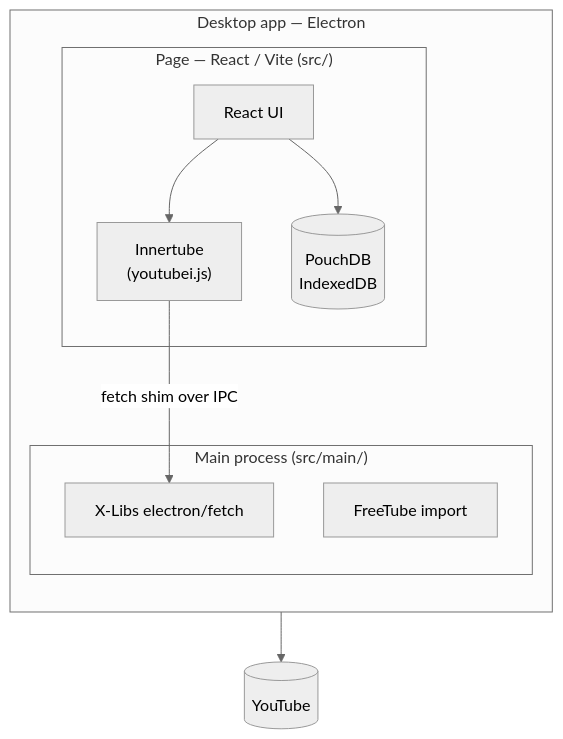
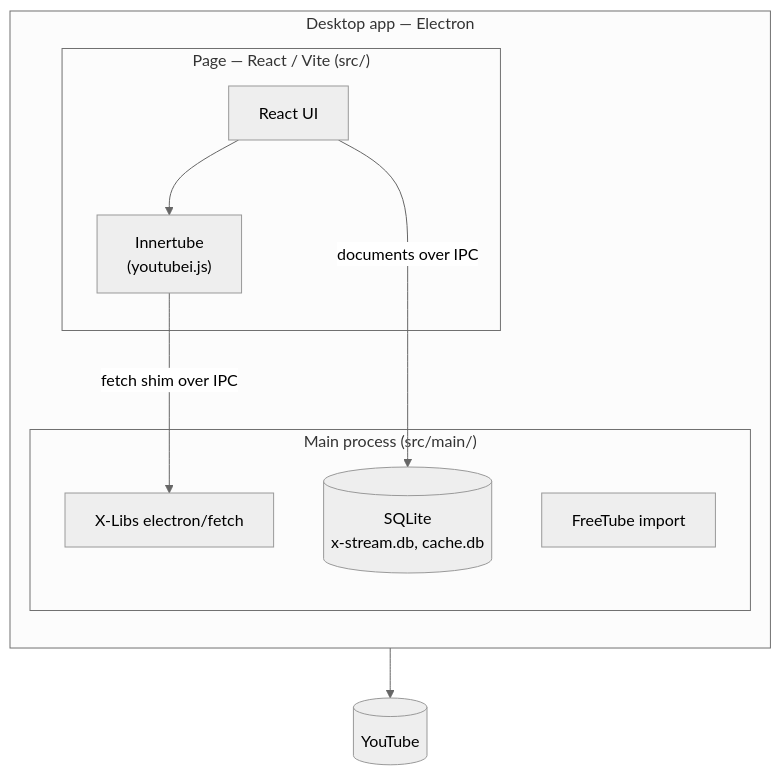
The diagram in DEVELOP.md (x-tech-laboratories/X-Stream), drawn with Mermaid (neutral theme) before and after one commit. The commit also changed other lines of this file and 31 other files, not shown here.

````diff
--- a/DEVELOP.md
+++ b/DEVELOP.md
@@ -15,22 +15,23 @@
 ```mermaid
 graph TB
     %% ── Desktop app ────────────────────────────────────────────────────────
     subgraph APP["Desktop app — Electron"]
         direction TB
         subgraph WV["Page — React / Vite (src/)"]
             UI[React UI]
             IT["Innertube\n(youtubei.js)"]
-            PDB[(PouchDB\nIndexedDB)]
-            UI --> IT & PDB
+            UI --> IT
         end
         subgraph RS["Main process (src/main/)"]
             HTTP["X-Libs electron/fetch"]
             FT[FreeTube import]
+            DB[("SQLite\nx-stream.db, cache.db")]
         end
         IT -- "fetch shim over IPC" --> HTTP
+        UI -- "documents over IPC" --> DB
     end
 
     YT[(YouTube)]
 
     HTTP --> YT
 ```
````
